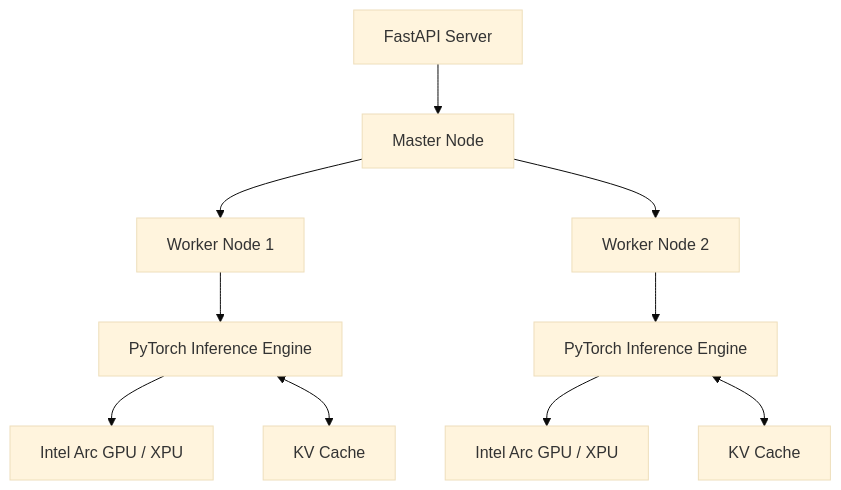
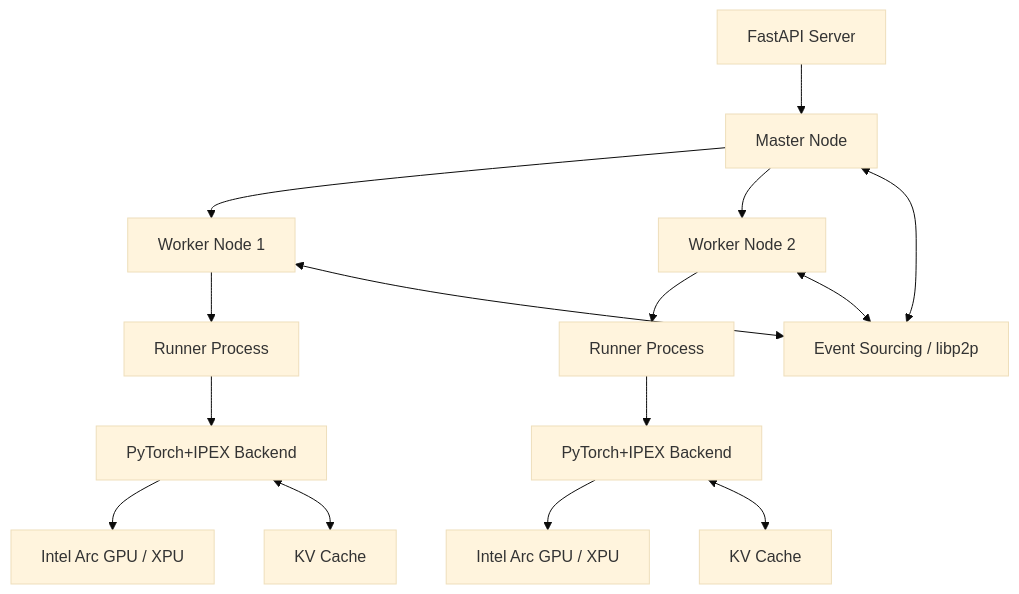
One commit to celesrenata/exo changed the first of 4 diagrams in .kiro/specs/pytorch-ipex-intel-arc/design.md. Above: the diagram before and after it, drawn with Mermaid (base theme). The commit also changed other lines of this file and 117 other files, not shown here.

````diff
--- a/.kiro/specs/pytorch-ipex-intel-arc/design.md
+++ b/.kiro/specs/pytorch-ipex-intel-arc/design.md
@@ -11,12 +11,18 @@
 ```mermaid
 graph TB
     API[FastAPI Server] --> Master[Master Node]
     Master --> Worker1[Worker Node 1]
     Master --> Worker2[Worker Node 2]
-    Worker1 --> Engine1[PyTorch Inference Engine]
-    Worker2 --> Engine2[PyTorch Inference Engine]
-    Engine1 --> Device1[Intel Arc GPU / XPU]
-    Engine2 --> Device2[Intel Arc GPU / XPU]
-    Engine1 <--> Cache1[KV Cache]
-    Engine2 <--> Cache2[KV Cache]
+    Worker1 --> Runner1[Runner Process]
+    Worker2 --> Runner2[Runner Process]
+    Runner1 --> Backend1[PyTorch+IPEX Backend]
+    Runner2 --> Backend2[PyTorch+IPEX Backend]
+    Backend1 --> Device1[Intel Arc GPU / XPU]
+    Backend2 --> Device2[Intel Arc GPU / XPU]
+    Backend1 <--> Cache1[KV Cache]
+    Backend2 <--> Cache2[KV Cache]
+    
+    Master <--> EventBus[Event Sourcing / libp2p]
+    Worker1 <--> EventBus
+    Worker2 <--> EventBus
 ```
````
